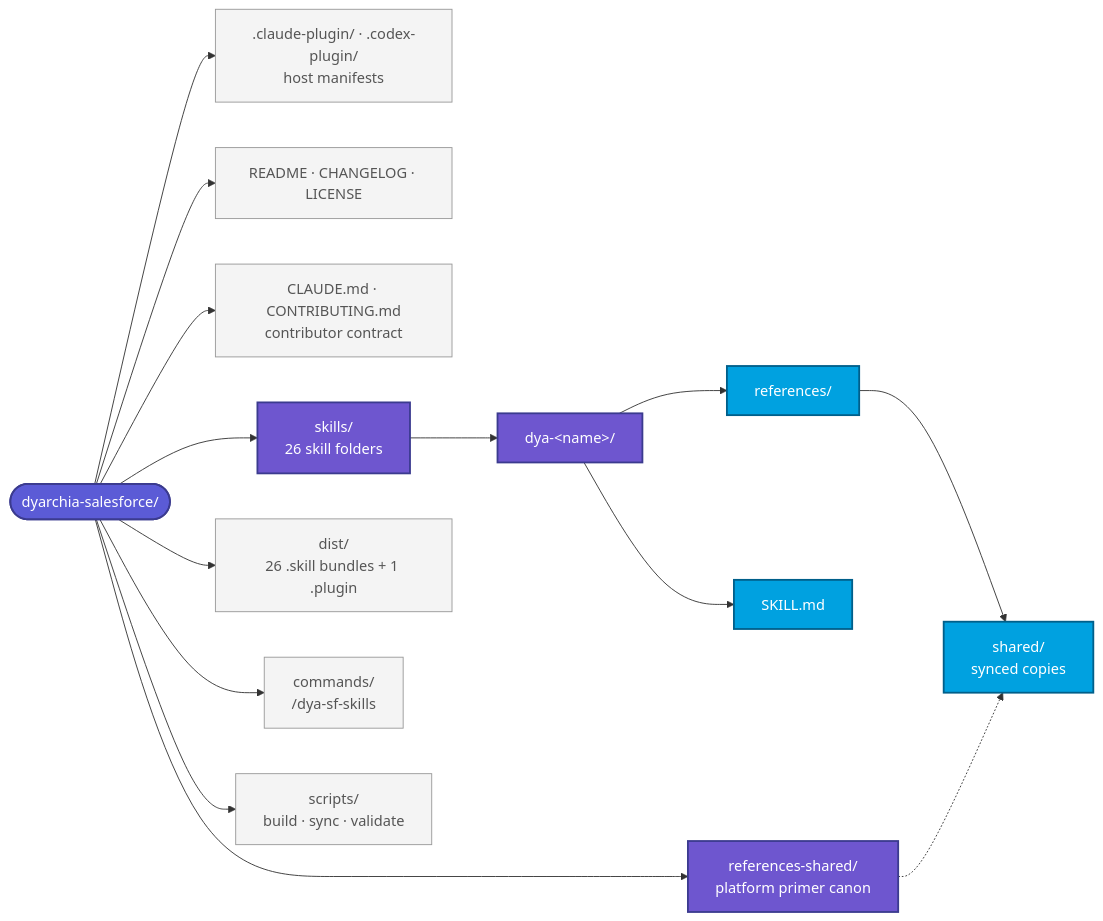
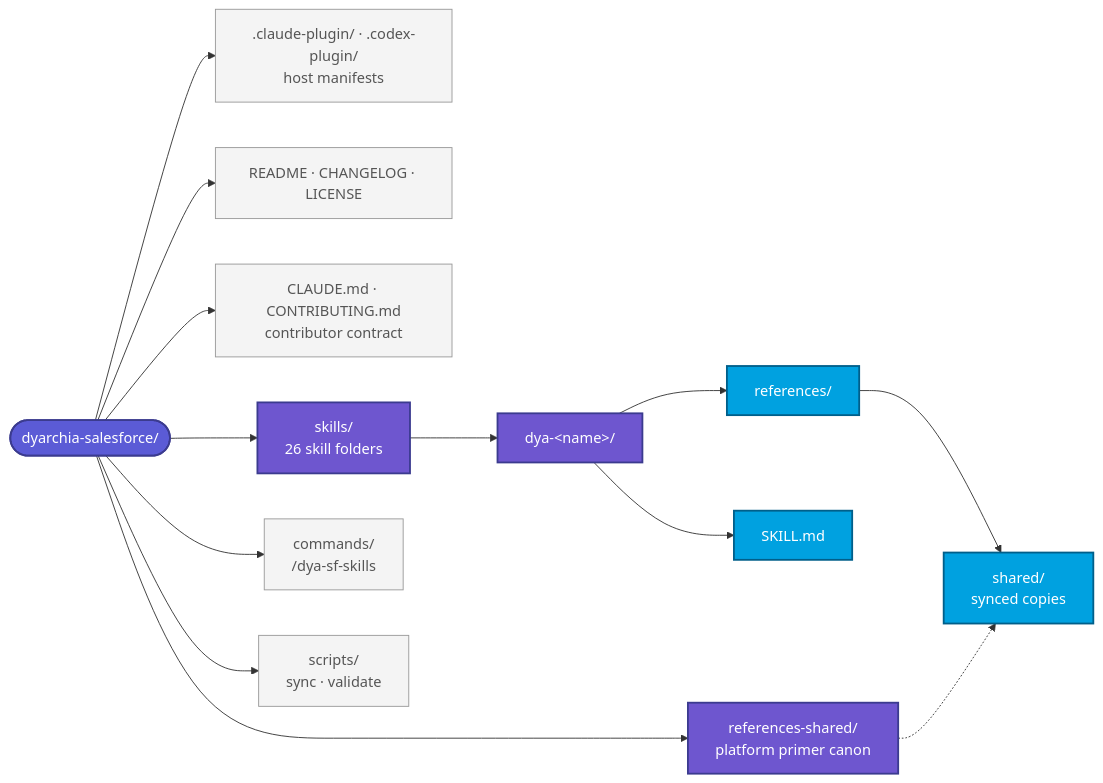
One commit to Dyarchia/dyarchia-salesforce changed the first of 2 diagrams in README.md. Above: the diagram before and after it, drawn with Mermaid. The commit also changed other lines of this file and 36 other files, not shown here.

````diff
--- a/README.md
+++ b/README.md
@@ -98,28 +98,27 @@
 ```mermaid
 graph LR
     Root([dyarchia-salesforce/])
     Root --> Plugin[".claude-plugin/ · .codex-plugin/<br/>host manifests"]
     Root --> Meta["README · CHANGELOG · LICENSE"]
     Root --> Contract["CLAUDE.md · CONTRIBUTING.md<br/>contributor contract"]
     Root --> SK["skills/<br/>26 skill folders"]
     Root --> Shared["references-shared/<br/>platform primer canon"]
-    Root --> Dist["dist/<br/>26 .skill bundles + 1 .plugin"]
     Root --> Cmds["commands/<br/>/dya-sf-skills"]
-    Root --> Scripts["scripts/<br/>build · sync · validate"]
+    Root --> Scripts["scripts/<br/>sync · validate"]
 
     SK --> Skill["dya-&lt;name&gt;/"]
     Skill --> SM["SKILL.md"]
     Skill --> Refs["references/"]
     Refs --> SharedRefs["shared/<br/>synced copies"]
     Shared -.-> SharedRefs
 
     classDef root fill:#5B5BD6,stroke:#3B3B8F,color:#fff,stroke-width:2px
     classDef domainFolder fill:#6E56CF,stroke:#3B3B8F,color:#fff,stroke-width:2px
     classDef skillFolder fill:#00A1E0,stroke:#005F8A,color:#fff,stroke-width:2px
     classDef meta fill:#F4F4F4,stroke:#999,color:#555
 
     class Root root
     class SK,Skill,Shared domainFolder
     class SM,Refs,SharedRefs skillFolder
-    class Plugin,Meta,Contract,Dist,Scripts,Cmds meta
+    class Plugin,Meta,Contract,Scripts,Cmds meta
 ```
````
